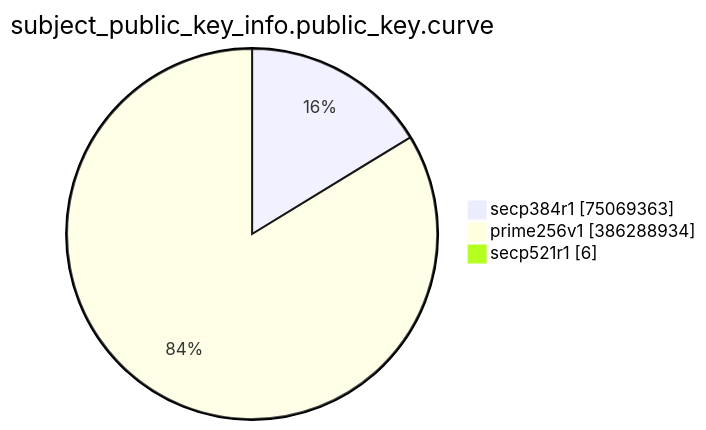
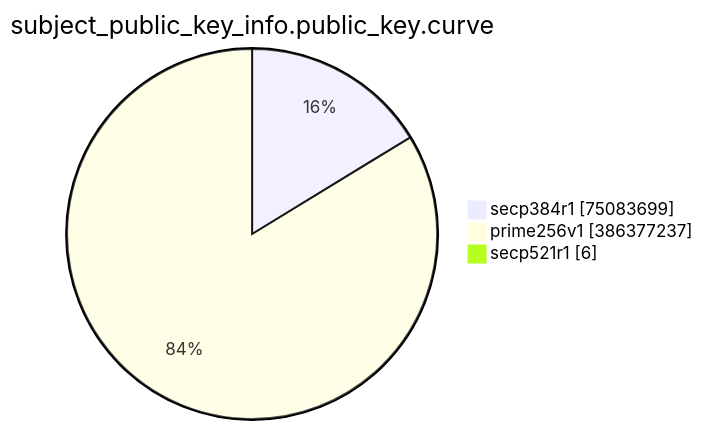
One commit to christiankrug/ctmonitor_visualization changed the eighth of 15 diagrams in TOTAL/README.md. Above: the diagram before and after it, drawn with Mermaid. The commit also changed other lines of this file, not shown here.

````diff
--- a/TOTAL/README.md
+++ b/TOTAL/README.md
@@ -3094,7 +3094,7 @@
 ```mermaid
 pie showData
 title subject_public_key_info.public_key.curve
-"secp384r1" :75069363
-"prime256v1" :386288934
+"secp384r1" :75083699
+"prime256v1" :386377237
 "secp521r1" :6
 ```
````
